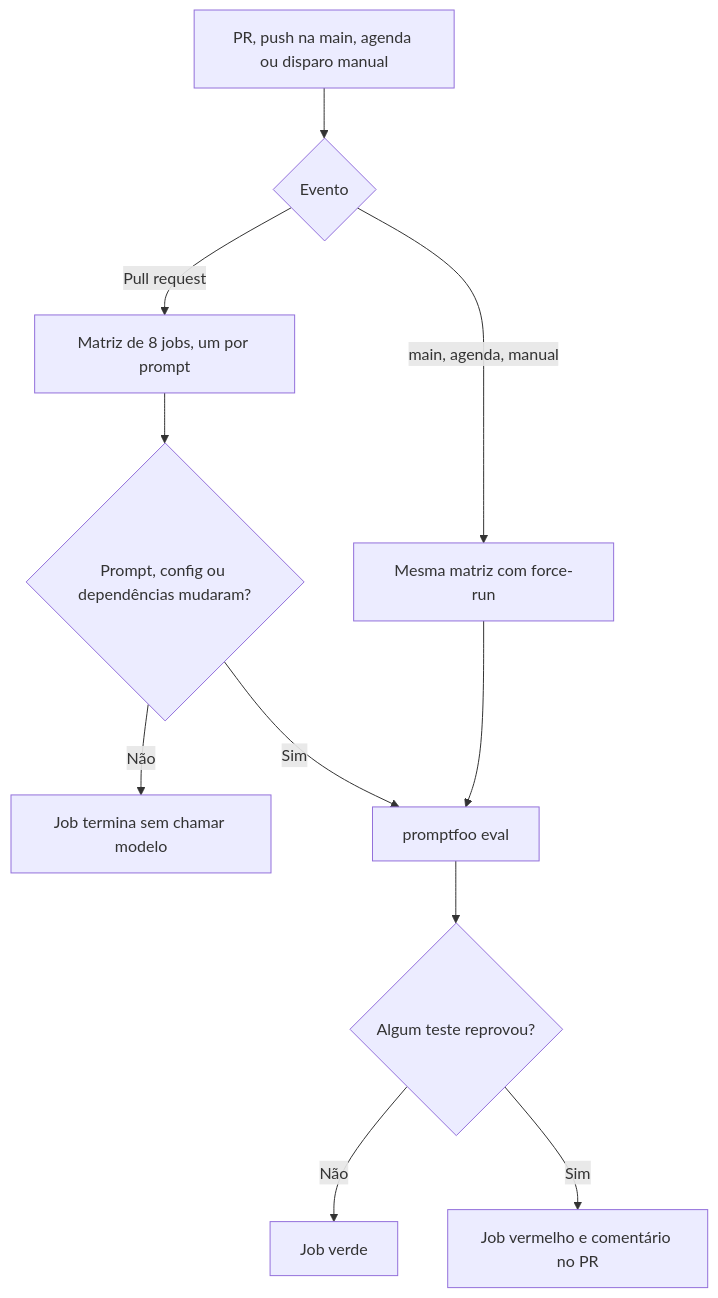
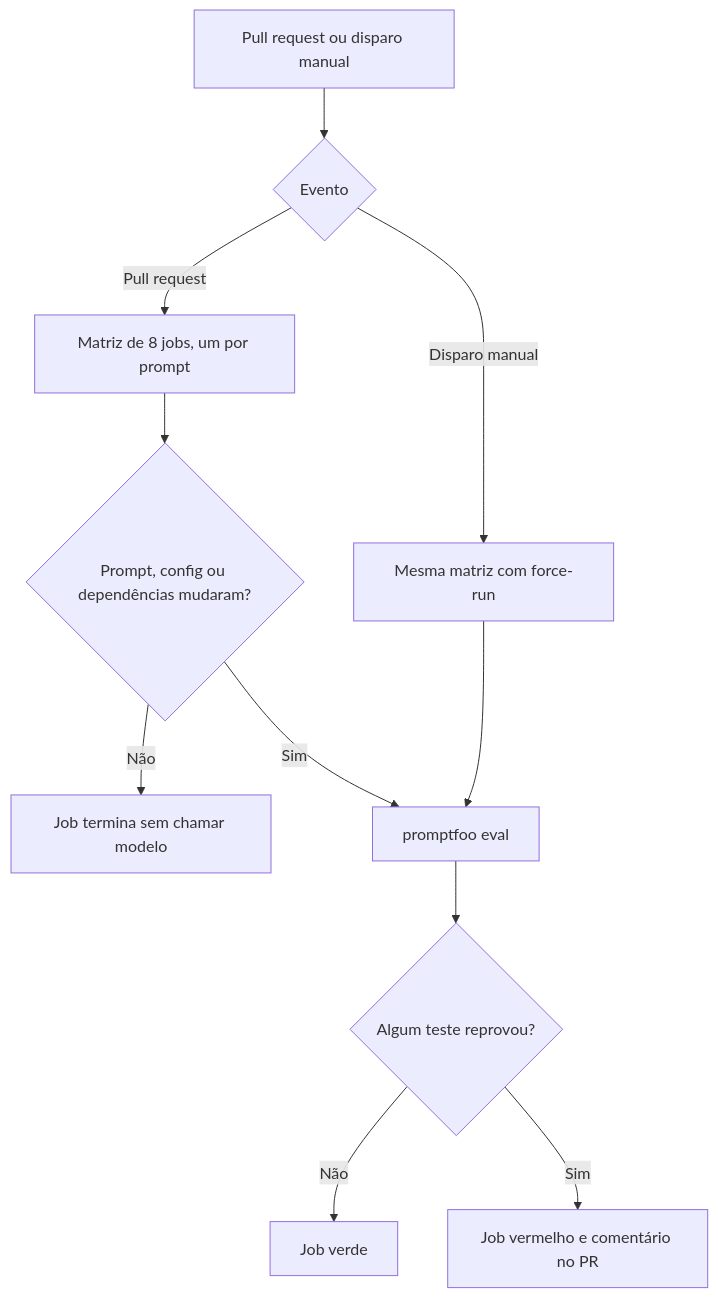
Before and after one commit to ferronicardoso/desafio-playbook-de-ia-operacional: the diagram in docs/gate-de-qualidade.md, drawn with Mermaid. The commit also changed other lines of this file and 1 other file, not shown here.

Commit message:
ci: executa o workflow somente em pull request e sob disparo manual

````diff
--- a/docs/gate-de-qualidade.md
+++ b/docs/gate-de-qualidade.md
@@ -21,13 +21,13 @@
 ```mermaid
 flowchart TD
-    A["PR, push na main, agenda ou disparo manual"] --> B{"Evento"}
+    A["Pull request ou disparo manual"] --> B{"Evento"}
     B -->|"Pull request"| C["Matriz de 8 jobs, um por prompt"]
-    B -->|"main, agenda, manual"| D["Mesma matriz com force-run"]
+    B -->|"Disparo manual"| D["Mesma matriz com force-run"]
     C --> E{"Prompt, config ou dependências mudaram?"}
     E -->|"Não"| F["Job termina sem chamar modelo"]
     E -->|"Sim"| G["promptfoo eval"]
     D --> G
     G --> H{"Algum teste reprovou?"}
     H -->|"Não"| I["Job verde"]
     H -->|"Sim"| J["Job vermelho e comentário no PR"]
 ```
````
